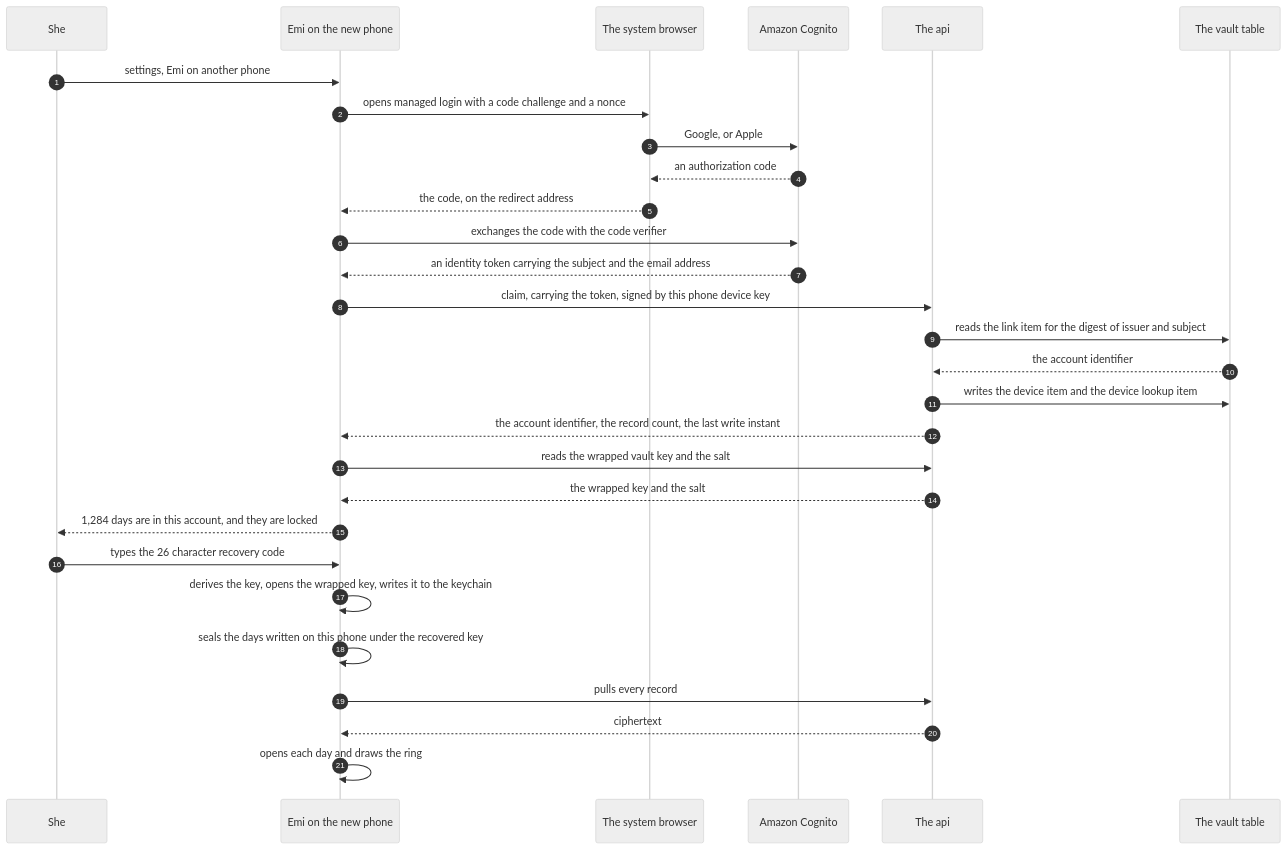
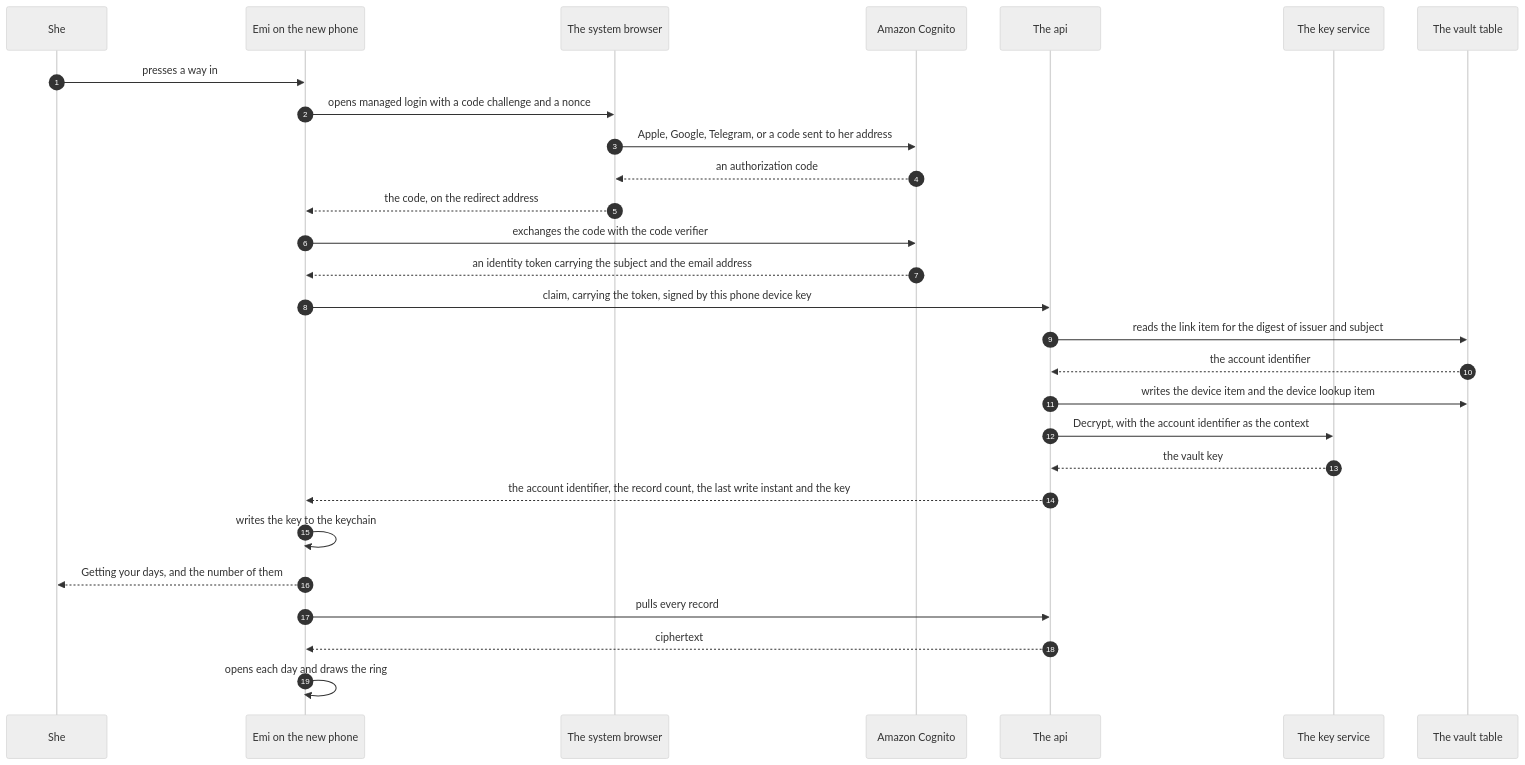
The fourth of 5 diagrams in docs/design/accounts.md (atlantic-blue/emi), drawn with Mermaid (neutral theme) before and after one commit. The commit also changed other lines of this file and 13 other files, not shown here.

Commit message:
EMI: docs: a sign in alone restores her days

````diff
--- a/docs/design/accounts.md
+++ b/docs/design/accounts.md
@@ -943,31 +1406,30 @@
 ```mermaid
 sequenceDiagram
   autonumber
   participant W as She
   participant P as Emi on the new phone
   participant B as The system browser
   participant C as Amazon Cognito
   participant A as The api
+  participant K as The key service
   participant D as The vault table
-  W->>P: settings, Emi on another phone
+  W->>P: presses a way in
   P->>B: opens managed login with a code challenge and a nonce
-  B->>C: Google, or Apple
+  B->>C: Apple, Google, Telegram, or a code sent to her address
   C-->>B: an authorization code
   B-->>P: the code, on the redirect address
   P->>C: exchanges the code with the code verifier
   C-->>P: an identity token carrying the subject and the email address
   P->>A: claim, carrying the token, signed by this phone device key
   A->>D: reads the link item for the digest of issuer and subject
   D-->>A: the account identifier
   A->>D: writes the device item and the device lookup item
-  A-->>P: the account identifier, the record count, the last write instant
-  P->>A: reads the wrapped vault key and the salt
-  A-->>P: the wrapped key and the salt
-  P-->>W: 1,284 days are in this account, and they are locked
-  W->>P: types the 26 character recovery code
-  P->>P: derives the key, opens the wrapped key, writes it to the keychain
-  P->>P: seals the days written on this phone under the recovered key
+  A->>K: Decrypt, with the account identifier as the context
+  K-->>A: the vault key
+  A-->>P: the account identifier, the record count, the last write instant and the key
+  P->>P: writes the key to the keychain
+  P-->>W: Getting your days, and the number of them
   P->>A: pulls every record
   A-->>P: ciphertext
   P->>P: opens each day and draws the ring
 ```
````
